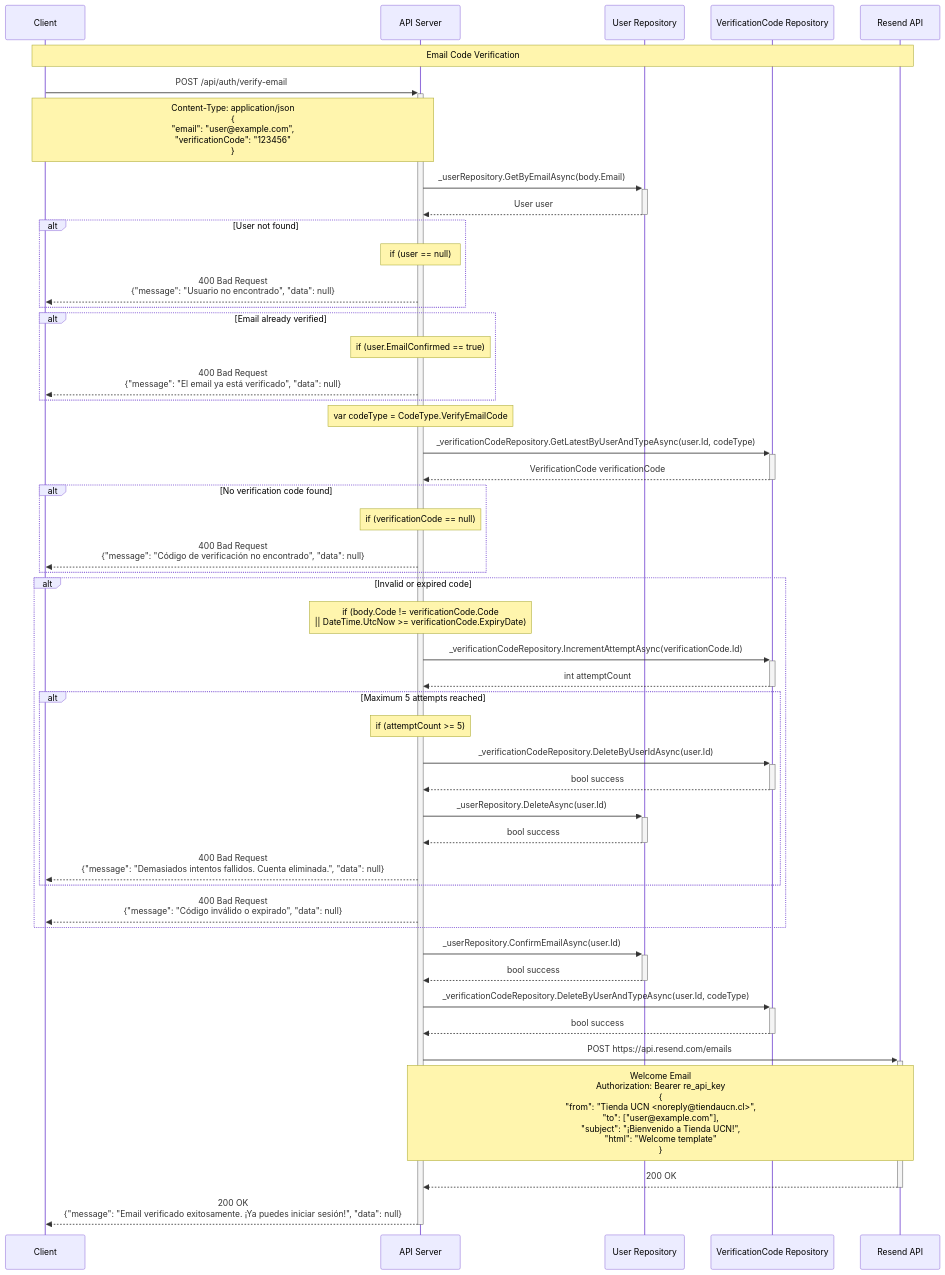
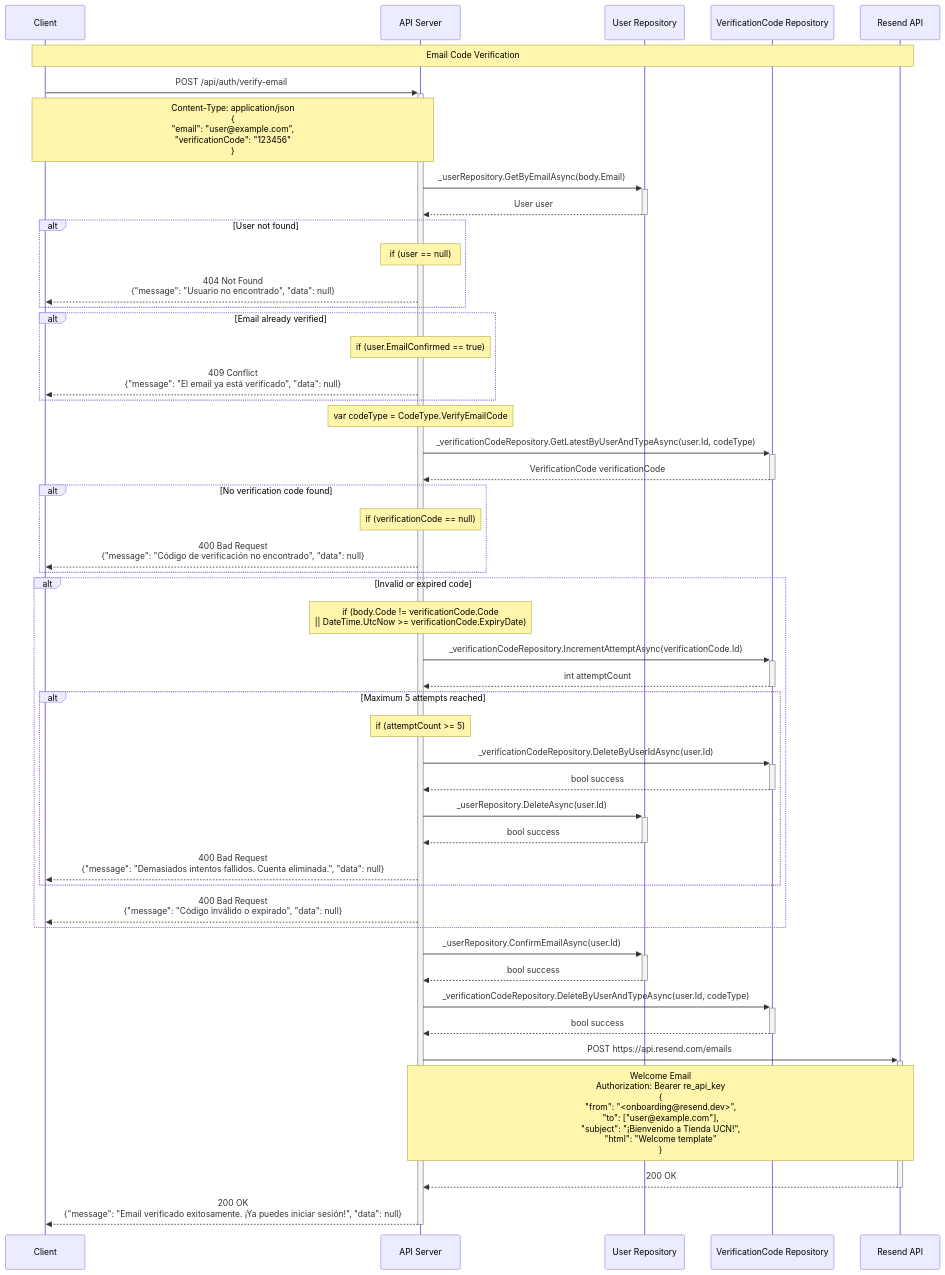
Before and after one commit to JorgeRiveraMancilla/idwm-backend: the diagram in Docs/Auth/2_VerifyCode.md, drawn with Mermaid. The commit also changed 2 other files, not shown here.

Commit message:
docs(auth): update response codes and email sender details

````diff
--- a/Docs/Auth/2_VerifyCode.md
+++ b/Docs/Auth/2_VerifyCode.md
@@ -1,70 +1,70 @@
 ```mermaid
 sequenceDiagram
     participant C as Client
     participant API as API Server
     participant UR as User Repository
     participant VCR as VerificationCode Repository
     participant RS as Resend API
 
     Note over C,RS: Email Code Verification
 
     C->>+API: POST /api/auth/verify-email
     Note over C,API: Content-Type: application/json<br/>{<br/>"email": "user@example.com",<br/>"verificationCode": "123456"<br/>}
 
     API->>+UR: _userRepository.GetByEmailAsync(body.Email)
     UR-->>-API: User user
 
     alt User not found
         Note over API: if (user == null)
-        API-->>C: 400 Bad Request<br/>{"message": "Usuario no encontrado", "data": null}
+        API-->>C: 404 Not Found<br/>{"message": "Usuario no encontrado", "data": null}
     end
 
     alt Email already verified
         Note over API: if (user.EmailConfirmed == true)
-        API-->>C: 400 Bad Request<br/>{"message": "El email ya está verificado", "data": null}
+        API-->>C: 409 Conflict<br/>{"message": "El email ya está verificado", "data": null}
     end
 
     Note over API: var codeType = CodeType.VerifyEmailCode
 
     API->>+VCR: _verificationCodeRepository.GetLatestByUserAndTypeAsync(user.Id, codeType)
     VCR-->>-API: VerificationCode verificationCode
 
     alt No verification code found
         Note over API: if (verificationCode == null)
         API-->>C: 400 Bad Request<br/>{"message": "Código de verificación no encontrado", "data": null}
     end
 
     alt Invalid or expired code
         Note over API: if (body.Code != verificationCode.Code<br/>|| DateTime.UtcNow >= verificationCode.ExpiryDate)
         API->>+VCR: _verificationCodeRepository.IncrementAttemptAsync(verificationCode.Id)
         VCR-->>-API: int attemptCount
 
 
         alt Maximum 5 attempts reached
             Note over API: if (attemptCount >= 5)
 
             API->>+VCR: _verificationCodeRepository.DeleteByUserIdAsync(user.Id)
             VCR-->>-API: bool success
 
             API->>+UR: _userRepository.DeleteAsync(user.Id)
             UR-->>-API: bool success
 
             API-->>C: 400 Bad Request<br/>{"message": "Demasiados intentos fallidos. Cuenta eliminada.", "data": null}
         end
 
         API-->>C: 400 Bad Request<br/>{"message": "Código inválido o expirado", "data": null}
     end
 
     API->>+UR: _userRepository.ConfirmEmailAsync(user.Id)
     UR-->>-API: bool success
 
     API->>+VCR: _verificationCodeRepository.DeleteByUserAndTypeAsync(user.Id, codeType)
     VCR-->>-API: bool success
 
     API->>+RS: POST https://api.resend.com/emails
-    Note over API,RS: Welcome Email<br/>Authorization: Bearer re_api_key<br/>{<br/>"from": "Tienda UCN <noreply@tiendaucn.cl>",<br/>"to": ["user@example.com"],<br/>"subject": "¡Bienvenido a Tienda UCN!",<br/>"html": "Welcome template"<br/>}
+    Note over API,RS: Welcome Email<br/>Authorization: Bearer re_api_key<br/>{<br/>"from": "<onboarding@resend.dev>",<br/>"to": ["user@example.com"],<br/>"subject": "¡Bienvenido a Tienda UCN!",<br/>"html": "Welcome template"<br/>}
 
     RS-->>-API: 200 OK
 
     API-->>-C: 200 OK<br/>{"message": "Email verificado exitosamente. ¡Ya puedes iniciar sesión!", "data": null}
 ```
````
